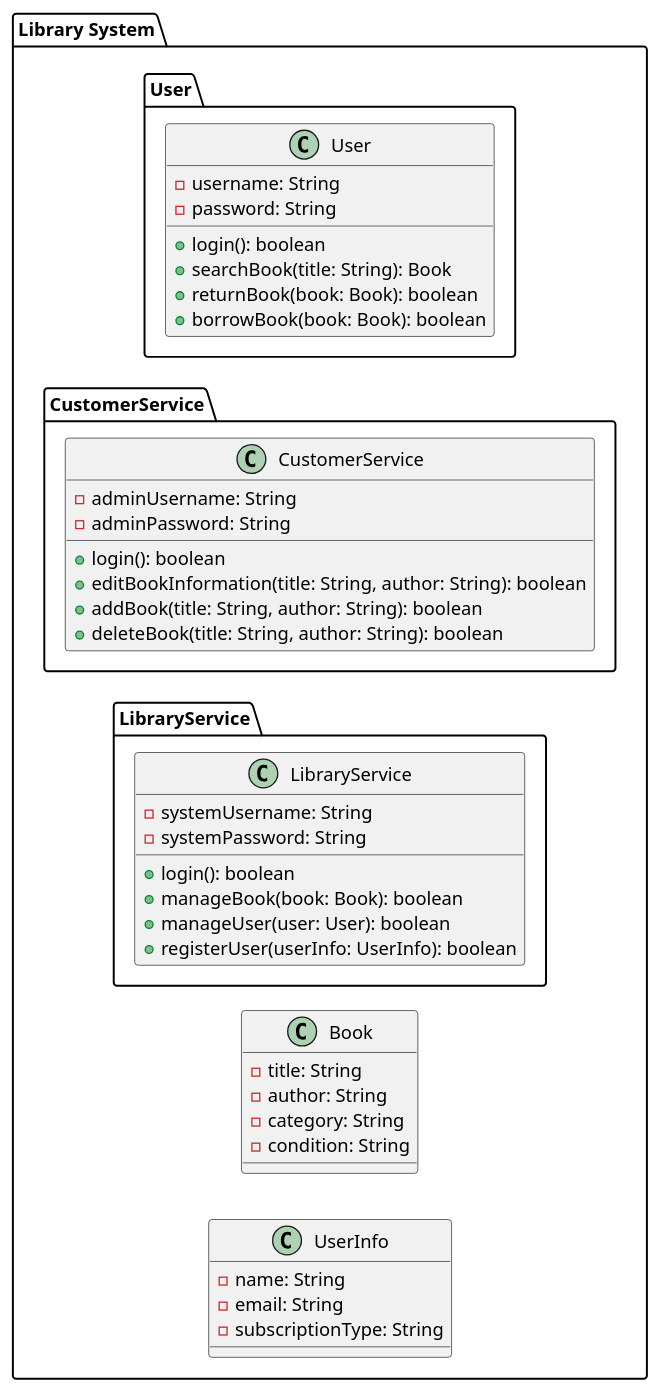
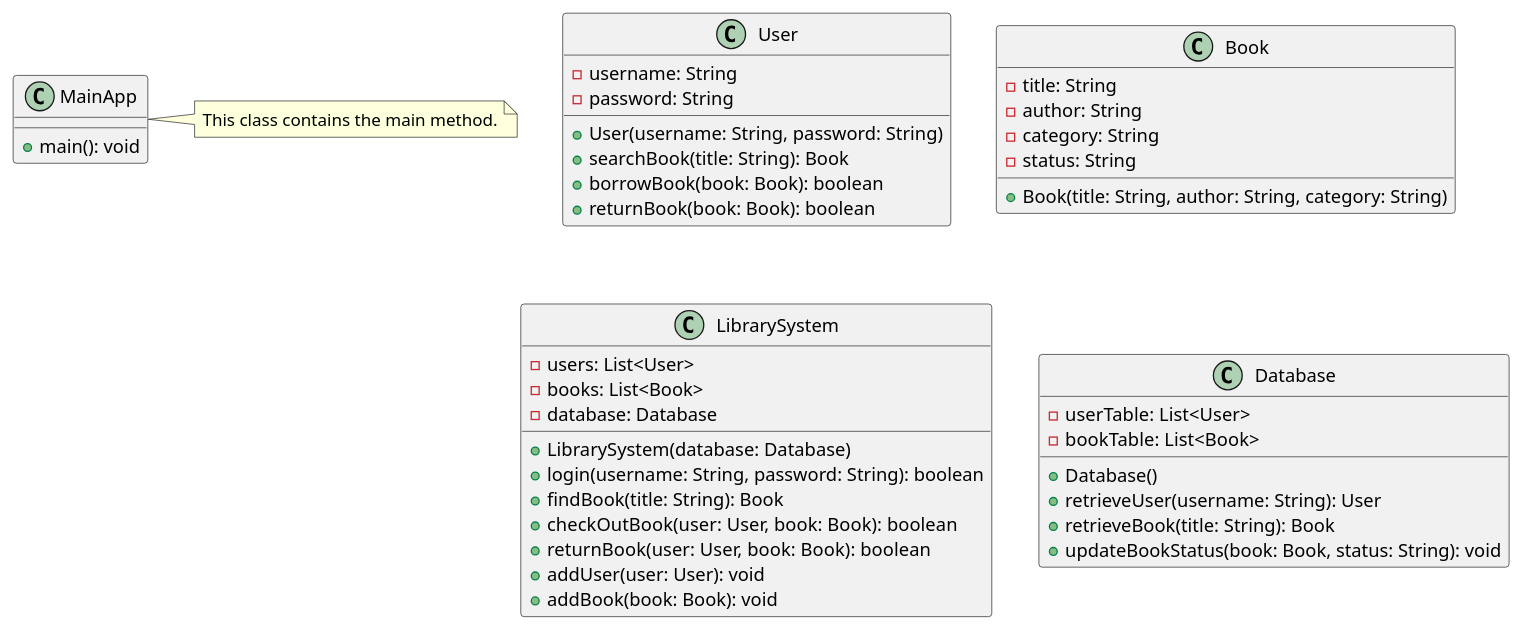
The fourth of 6 diagrams in src/main/java/AnalysisLibrarySystem/uml.puml (9elmaz9/BibliotheekSysteem), drawn with PlantUML before and after one commit. The commit also changed other lines of this file and 12 other files, not shown here.

```diff
--- a/src/main/java/AnalysisLibrarySystem/uml.puml
+++ b/src/main/java/AnalysisLibrarySystem/uml.puml
@@ -1,52 +225,50 @@
 @startuml
-left to right direction
 
-package "Library System" {
-    package "User" {
-        class User {
-            - username: String
-            - password: String
-            + login(): boolean
-            + searchBook(title: String): Book
-            + returnBook(book: Book): boolean
-            + borrowBook(book: Book): boolean
-        }
-    }
-
-    package "CustomerService" {
-        class CustomerService {
-            - adminUsername: String
-            - adminPassword: String
-            + login(): boolean
-            + editBookInformation(title: String, author: String): boolean
-            + addBook(title: String, author: String): boolean
-            + deleteBook(title: String, author: String): boolean
-        }
-    }
-
-    package "LibraryService" {
-        class LibraryService {
-            - systemUsername: String
-            - systemPassword: String
-            + login(): boolean
-            + manageBook(book: Book): boolean
-            + manageUser(user: User): boolean
-            + registerUser(userInfo: UserInfo): boolean
-        }
-    }
-
-    class Book {
-        - title: String
-        - author: String
-        - category: String
-        - condition: String
-    }
-
-    class UserInfo {
-        - name: String
-        - email: String
-        - subscriptionType: String
-    }
+class User {
+  -username: String
+  -password: String
+  +User(username: String, password: String)
+  +searchBook(title: String): Book
+  +borrowBook(book: Book): boolean
+  +returnBook(book: Book): boolean
 }
 
+class Book {
+  -title: String
+  -author: String
+  -category: String
+  -status: String
+  +Book(title: String, author: String, category: String)
+}
+
+class LibrarySystem {
+  -users: List<User>
+  -books: List<Book>
+  -database: Database
+  +LibrarySystem(database: Database)
+  +login(username: String, password: String): boolean
+  +findBook(title: String): Book
+  +checkOutBook(user: User, book: Book): boolean
+  +returnBook(user: User, book: Book): boolean
+  +addUser(user: User): void
+  +addBook(book: Book): void
+}
+
+class Database {
+  -userTable: List<User>
+  -bookTable: List<Book>
+  +Database()
+  +retrieveUser(username: String): User
+  +retrieveBook(title: String): Book
+  +updateBookStatus(book: Book, status: String): void
+}
+
+class MainApp {
+  +main(): void
+}
+
+note right of MainApp
+  This class contains the main method.
+end note
+
 @enduml
```
